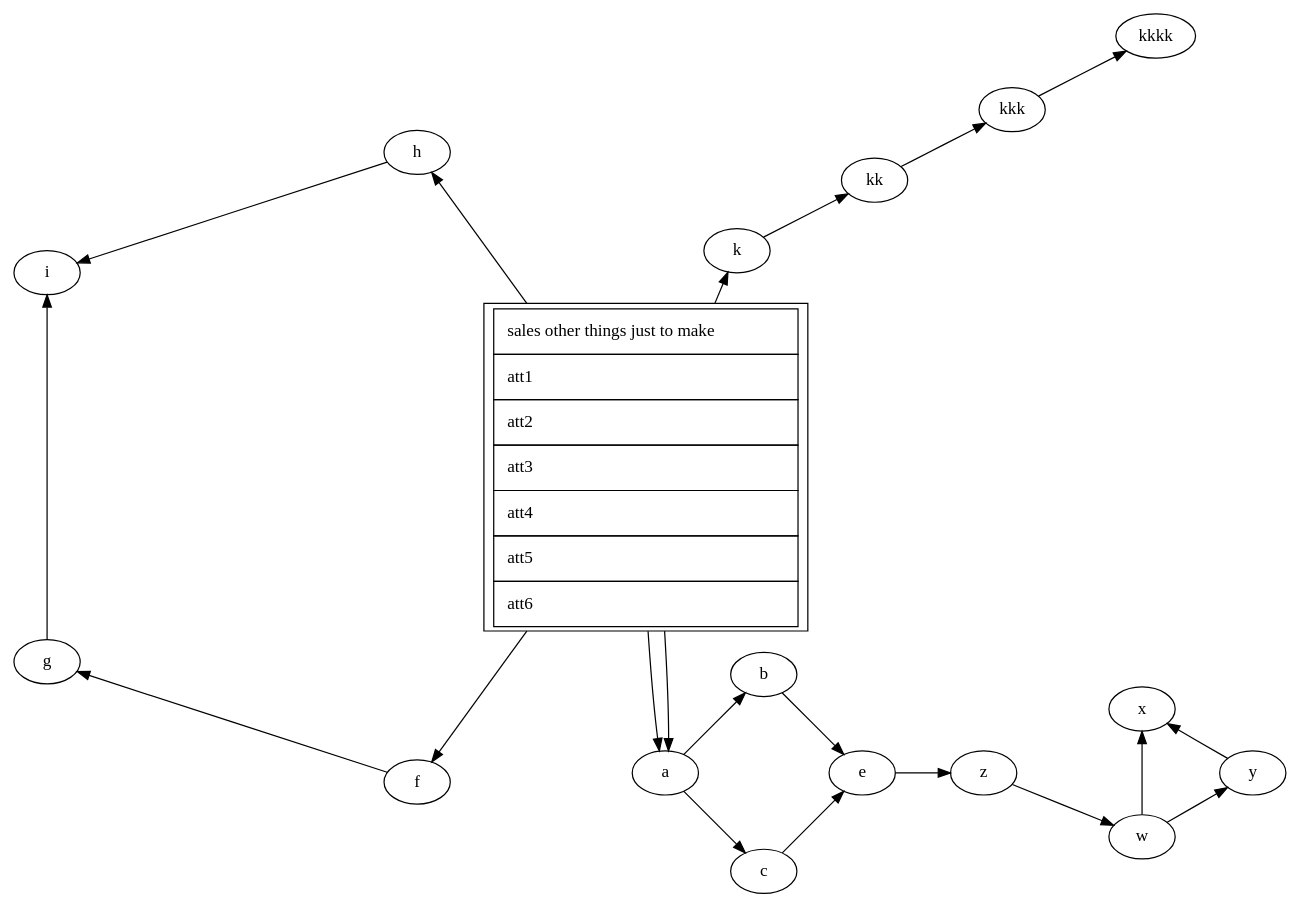
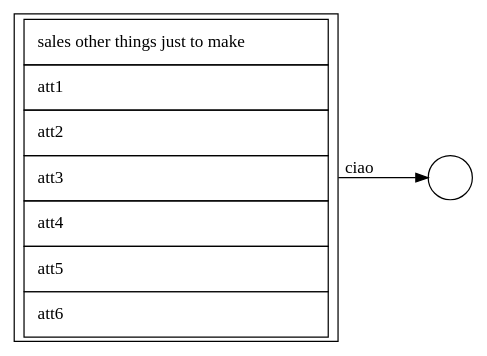
The diagram in cmd/gen/dot.dot (leonardogonfiantini/bubbly), drawn with Graphviz before and after one commit. The commit also changed 5 other files, not shown here.

```diff
--- a/cmd/gen/dot.dot
+++ b/cmd/gen/dot.dot
@@ -1,50 +1,7 @@
 digraph G {
 	layout=circo;
-	a->b;
-	a->c;
-	c->e;
-	b->e;
-	e->z;
-	z->w;
-	w->x;
-	w->y;
-	y->x;
-	fact->a;
-	fact->a;
-	fact->k;
-	k->kk;
-	kk->kkk;
-	kkk->kkkk;
-	f->g;
-	h->i;
-	g->i;
-	fact->f;
-	fact->h;
-	subgraph dom1 {
-	rankdir=LR;
-	a;
-	b;
-	c;
-	e;
-	w;
-	x;
-	y;
-	z;
+	fact->ciao[ label=ciao ];
+	ciao [ label="", width=0.5 ];
+	fact [ label=<<table border="0" cellborder="1" cellspacing="0" cellpadding="10"><tr> <td port="1"> sales other things just to make</td> </tr><tr> <td align="left" port="2"> att1 </td> </tr> <tr> <td align="left" port="3"> att2 </td> </tr> <tr> <td align="left"> att3 </td> </tr> <tr> <td align="left"> att4 </td> </tr> <tr> <td align="left"> att5 </td> </tr> <tr> <td align="left"> att6 </td> </tr>  </table>>, root=true, shape=box ];
 
 }
-;
-	subgraph dom2 {
-	f;
-	g;
-	h;
-	i;
-
-}
-;
-	fact [ label=<<table border="0" cellborder="1" cellspacing="0" cellpadding="10"><tr> <td port="1"> sales other things just to make</td> </tr><tr> <td align="left" port="2"> att1 </td> </tr> <tr> <td align="left" port="3"> att2 </td> </tr> <tr> <td align="left"> att3 </td> </tr> <tr> <td align="left"> att4 </td> </tr> <tr> <td align="left"> att5 </td> </tr> <tr> <td align="left"> att6 </td> </tr>  </table>>, root=true, shape=box ];
-	k;
-	kk;
-	kkk;
-	kkkk;
-
-}
```
